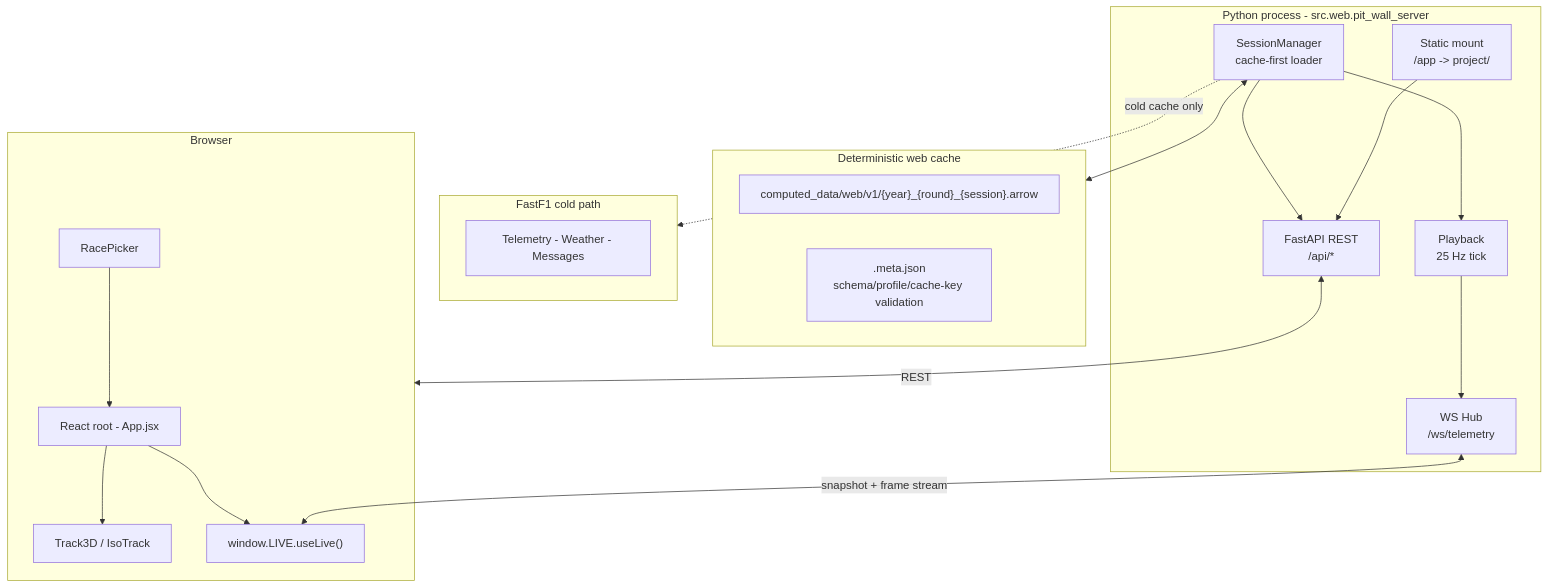
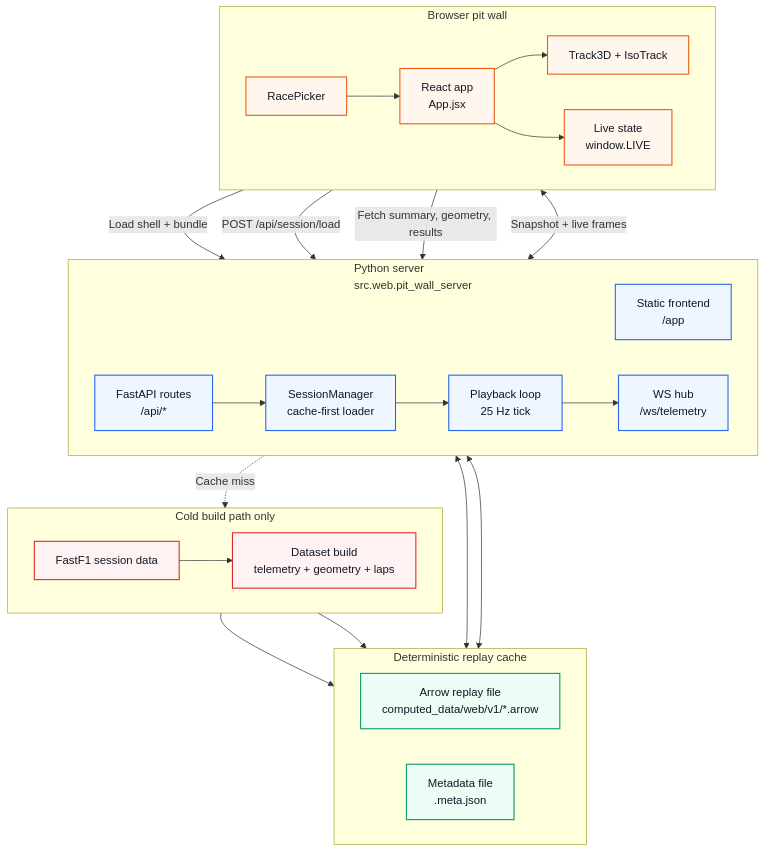
One commit to misha-met/Delta changed the first of 2 diagrams in README.md. Above: the diagram before and after it, drawn with Mermaid. The commit also changed other lines of this file, not shown here.

Commit message:
docs: add new mermaid diagrams

````diff
--- a/README.md
+++ b/README.md
@@ -235,37 +235,58 @@
 ```mermaid
 flowchart TB
-    subgraph PY["Python process - src.web.pit_wall_server"]
-        SM["SessionManager<br/>cache-first loader"]
-        PB["Playback<br/>25 Hz tick"]
-        WS["WS Hub<br/>/ws/telemetry"]
-        HTTP["FastAPI REST<br/>/api/*"]
-        STATIC["Static mount<br/>/app -> project/"]
-        SM --> PB --> WS
-        SM --> HTTP
-        STATIC --> HTTP
+    classDef browser fill:#fff7ed,stroke:#ea580c,color:#111827,stroke-width:1.5px;
+    classDef server fill:#eff6ff,stroke:#2563eb,color:#111827,stroke-width:1.5px;
+    classDef cache fill:#ecfdf5,stroke:#059669,color:#111827,stroke-width:1.5px;
+    classDef ingest fill:#fef2f2,stroke:#dc2626,color:#111827,stroke-width:1.5px;
+
+    subgraph BROWSER["Browser pit wall"]
+        direction LR
+        PICKER["RacePicker"]
+        APP["React app<br/>App.jsx"]
+        TRACK["Track3D + IsoTrack"]
+        LIVE["Live state<br/>window.LIVE"]
+        PICKER --> APP
+        APP --> TRACK
+        APP --> LIVE
     end
 
-    subgraph CACHE["Deterministic web cache"]
-        ARROW["computed_data/web/v1/{year}_{round}_{session}.arrow"]
-        META[".meta.json<br/>schema/profile/cache-key validation"]
+    subgraph SERVER["Python server<br/>src.web.pit_wall_server"]
+        direction LR
+        STATIC["Static frontend<br/>/app"]
+        HTTP["FastAPI routes<br/>/api/*"]
+        SESSION["SessionManager<br/>cache-first loader"]
+        PLAYBACK["Playback loop<br/>25 Hz tick"]
+        HUB["WS hub<br/>/ws/telemetry"]
+        HTTP --> SESSION
+        SESSION --> PLAYBACK
+        PLAYBACK --> HUB
     end
 
-    subgraph FF1["FastF1 cold path"]
-        F1API["Telemetry - Weather - Messages"]
+    subgraph CACHE["Deterministic replay cache"]
+        direction LR
+        ARROW["Arrow replay file<br/>computed_data/web/v1/*.arrow"]
+        META["Metadata file<br/>.meta.json"]
     end
 
-    subgraph BROWSER["Browser"]
-        APP["React root - App.jsx"]
-        TRACK["Track3D / IsoTrack"]
-        PICKER["RacePicker"]
-        LIVE["window.LIVE.useLive()"]
-        APP --> TRACK
-        APP --> LIVE
-        PICKER --> APP
+    subgraph COLD["Cold build path only"]
+        direction LR
+        FASTF1["FastF1 session data"]
+        BUILD["Dataset build<br/>telemetry + geometry + laps"]
     end
 
-    SM <--> CACHE
-    SM -. cold cache only .-> FF1
-    HTTP <-->|REST| BROWSER
-    WS <-->|snapshot + frame stream| LIVE
+    APP -->|Load shell + bundle| STATIC
+    PICKER -->|POST /api/session/load| HTTP
+    APP -->|Fetch summary, geometry, results| HTTP
+    LIVE <-->|Snapshot + live frames| HUB
+
+    SESSION <--> ARROW
+    SESSION <--> META
+    SESSION -. Cache miss .-> FASTF1
+    FASTF1 --> BUILD --> ARROW
+    BUILD --> META
+
+    class PICKER,APP,TRACK,LIVE browser
+    class STATIC,HTTP,SESSION,PLAYBACK,HUB server
+    class ARROW,META cache
+    class FASTF1,BUILD ingest
 ```
````
